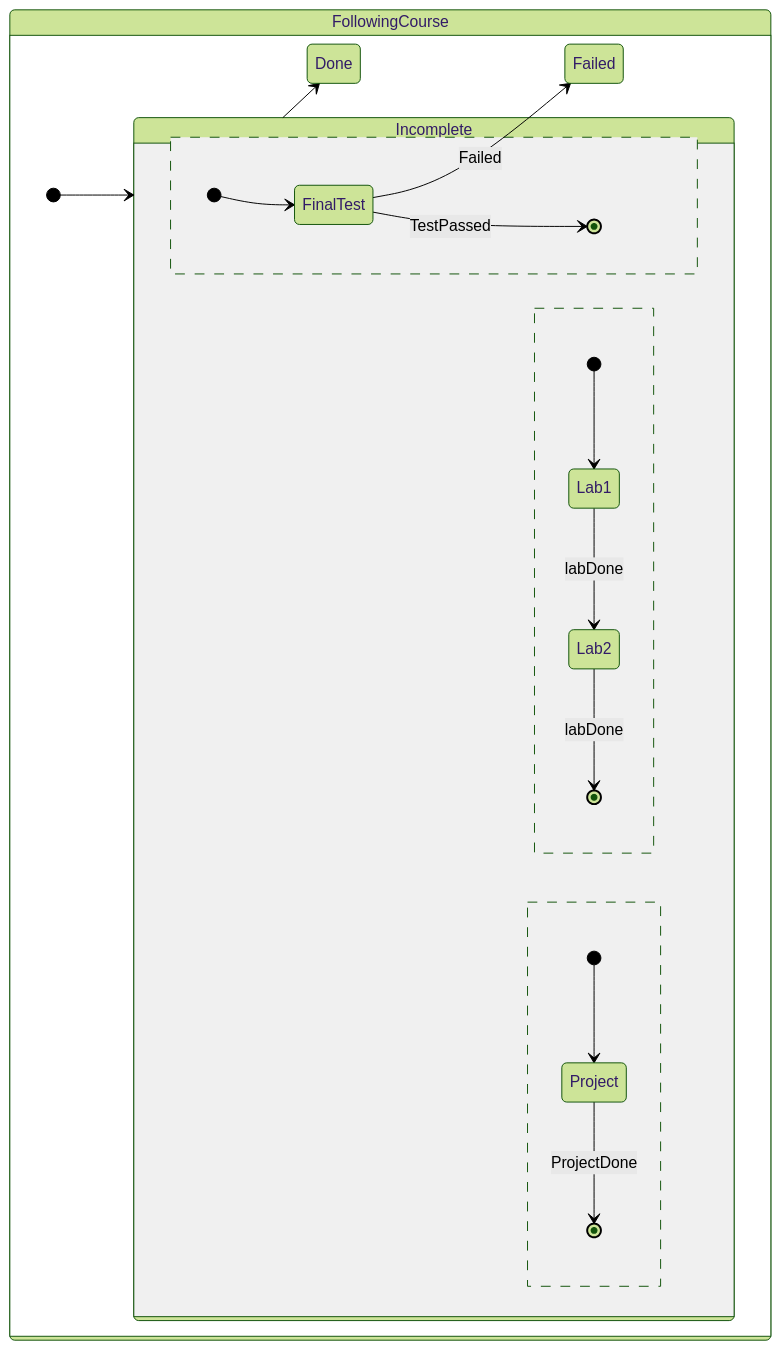
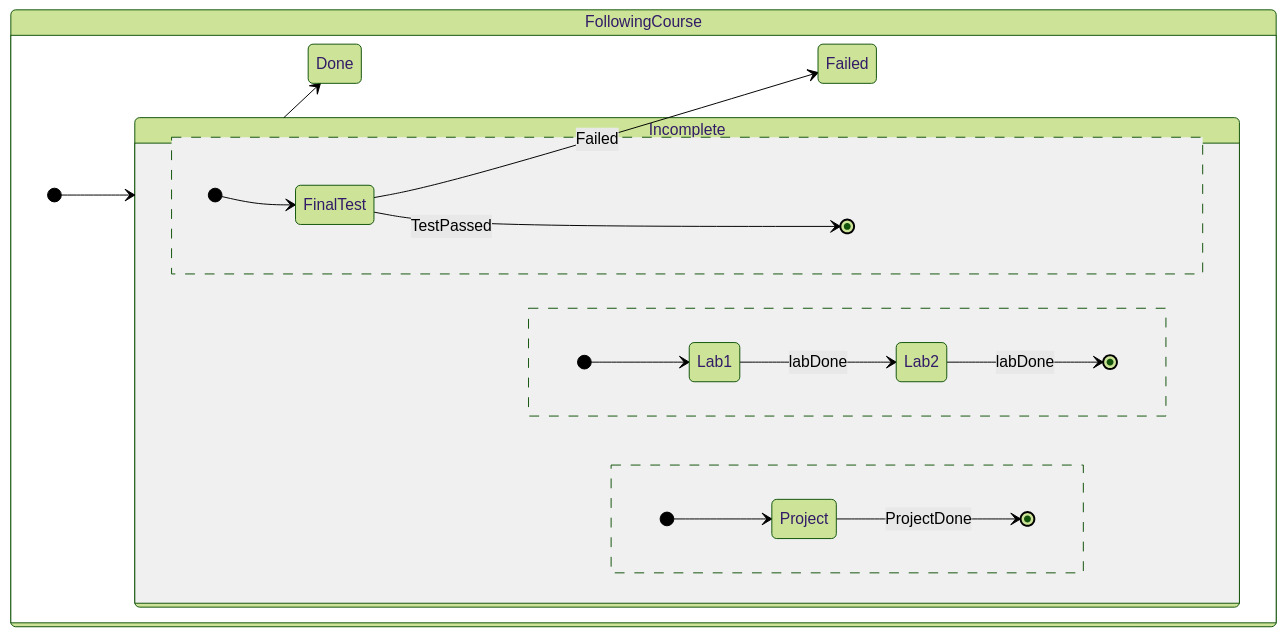
One commit to delpiter/Obsidian-Vault changed the fifth of 5 diagrams in Git-Obsidian/Ingegneria del Software/UML/State Diagram.md. Above: the diagram before and after it, drawn with Mermaid (forest theme). The commit also changed 7 other files, not shown here.

Commit message:
2025-10-29 17:24:09: Activity Diagram - UML

````diff
--- a/Git-Obsidian/Ingegneria del Software/UML/State Diagram.md
+++ b/Git-Obsidian/Ingegneria del Software/UML/State Diagram.md
@@ -120,22 +120,24 @@
 ```mermaid
 stateDiagram-v2
 direction LR
     state FollowingCourse {
 	    direction LR
 	    [*] --> Incomplete
 	    state Incomplete{
+		    direction LR
 	        [*] --> Lab1
 	        Lab1 --> Lab2: labDone
 	        Lab2 --> [*]: labDone
 	        --
+	        direction LR
 	        [*] --> Project
 	        Project --> [*]: ProjectDone
 	        --
 	        [*] --> FinalTest
 	        FinalTest --> [*] : TestPassed
 	        FinalTest --> Failed: Failed
         }
+        Incomplete --> Done
         Failed
-        Incomplete --> Done
     }
 ```
````
